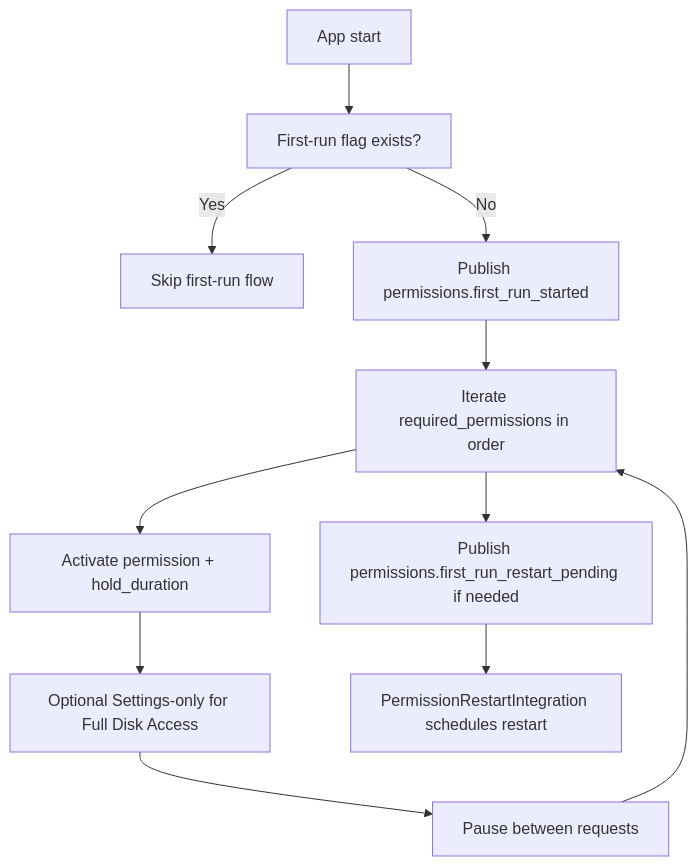
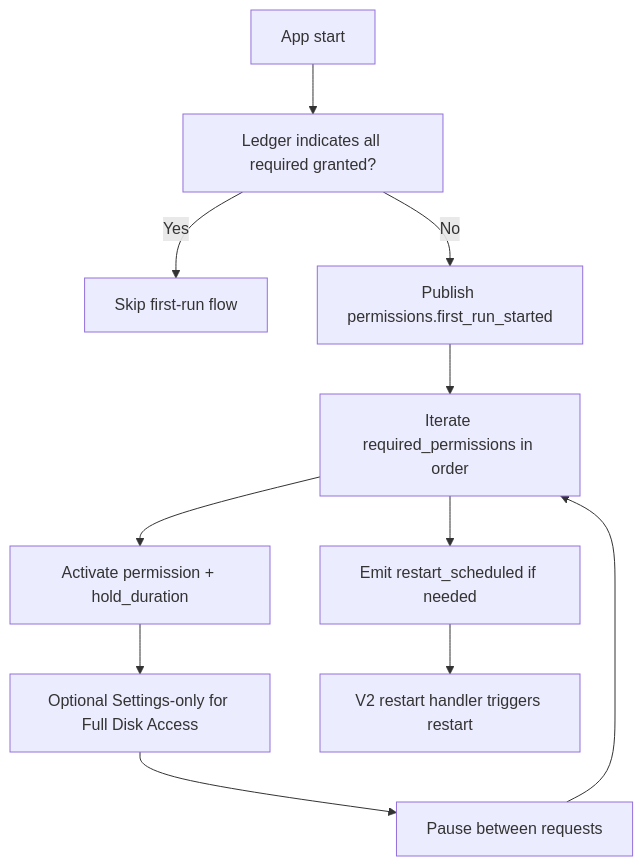
One commit to Seregawpn/Nexy_server changed the diagram in client/Docs/first_run_flow_spec.md. Above: the diagram before and after it, drawn with Mermaid. The commit also changed other lines of this file and 2025 other files, not shown here.

````diff
--- a/client/Docs/first_run_flow_spec.md
+++ b/client/Docs/first_run_flow_spec.md
@@ -40,13 +40,13 @@
 ```mermaid
 flowchart TD
-    A[App start] --> B[First-run flag exists?]
+    A[App start] --> B[Ledger indicates all required granted?]
     B -- Yes --> C[Skip first-run flow]
     B -- No --> D[Publish permissions.first_run_started]
     D --> E[Iterate required_permissions in order]
     E --> F[Activate permission + hold_duration]
     F --> G[Optional Settings-only for Full Disk Access]
     G --> H[Pause between requests]
     H --> E
-    E --> I[Publish permissions.first_run_restart_pending if needed]
-    I --> J[PermissionRestartIntegration schedules restart]
+    E --> I[Emit restart_scheduled if needed]
+    I --> J[V2 restart handler triggers restart]
 ```
````
